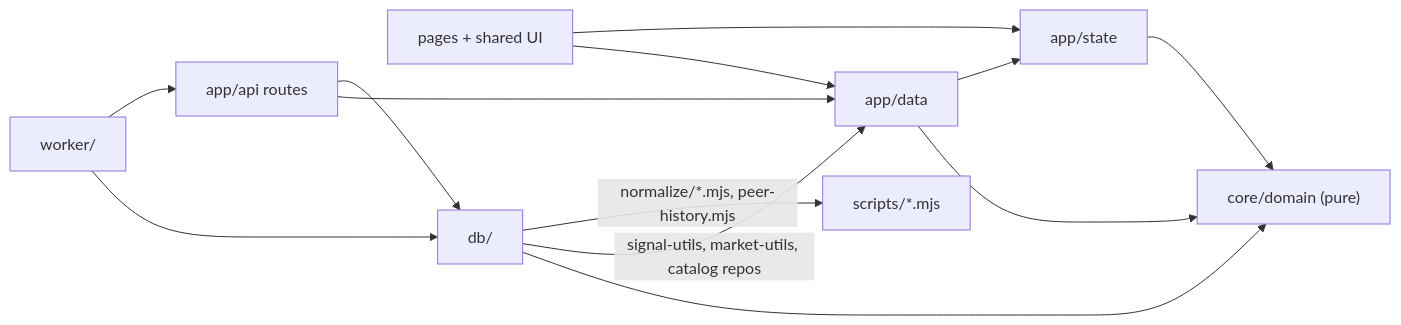
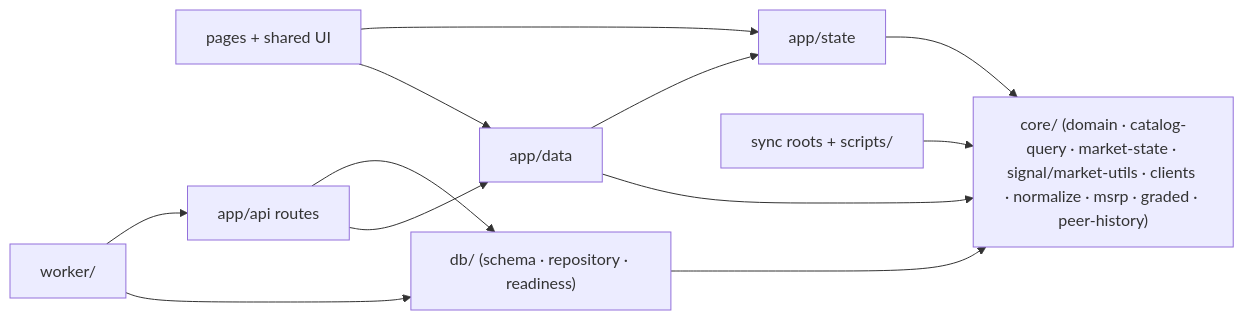
The second of 3 diagrams in docs/helicopter-view.md (cjord/rawsignal), drawn with Mermaid before and after one commit. The commit also changed other lines of this file and 2 other files, not shown here.

First line of the commit message:
docs: helicopter view follows the core/ layering; record the rulings

````diff
--- a/docs/helicopter-view.md
+++ b/docs/helicopter-view.md
@@ -72,22 +79,21 @@
 ```mermaid
 flowchart LR
-  domain["core/domain (pure)"]
+  corel["core/ (domain · catalog-query · market-state · signal/market-utils · clients · normalize · msrp · graded · peer-history)"]
   state["app/state"]
   data["app/data"]
   ui["pages + shared UI"]
   apir["app/api routes"]
-  dbl["db/"]
+  dbl["db/ (schema · repository · readiness)"]
   wrk["worker/"]
-  scr["scripts/*.mjs"]
+  scr["sync roots + scripts/"]
 
-  ui --> data --> domain
-  ui --> state --> domain
+  ui --> data --> corel
+  ui --> state --> corel
   data --> state
   apir --> data
   apir --> dbl
   wrk --> dbl
   wrk --> apir
-  dbl --> domain
-  dbl -->|"signal-utils, market-utils, catalog repos"| data
-  dbl -->|"normalize/*.mjs, peer-history.mjs"| scr
+  dbl --> corel
+  scr --> corel
 ```
````
